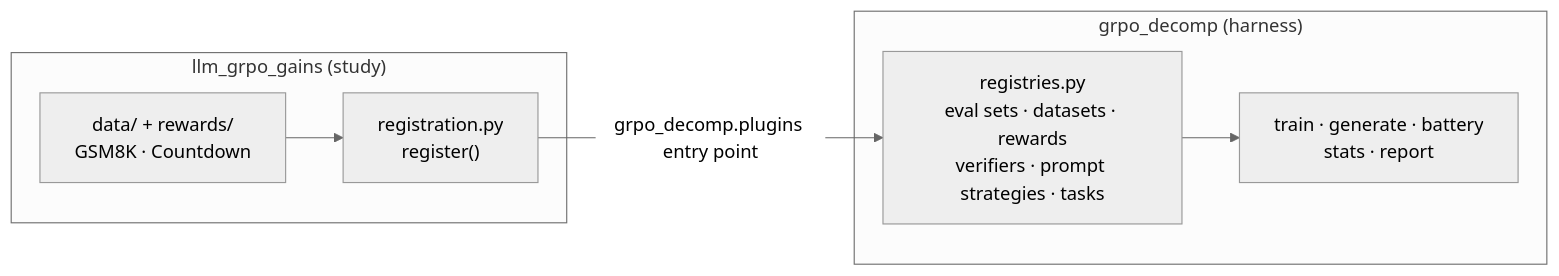
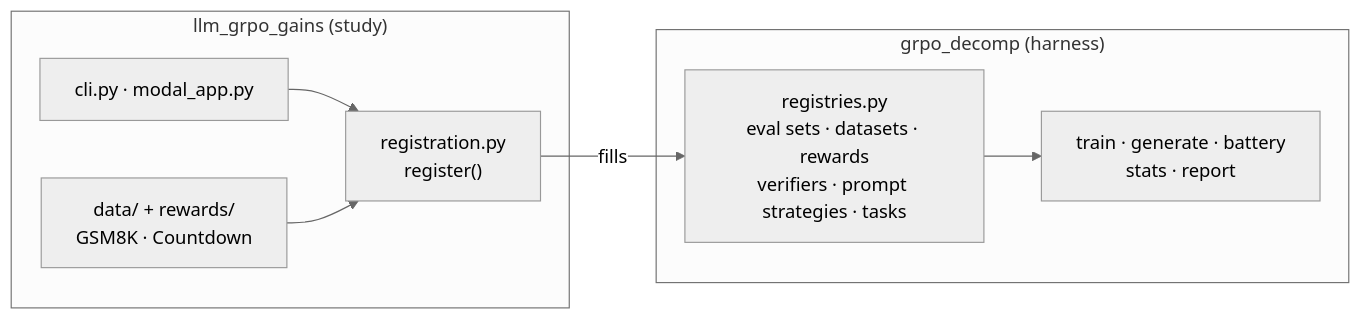
One commit to adamthuvesen/grpo-decomp changed the first of 5 diagrams in docs/architecture.md. Above: the diagram before and after it, drawn with Mermaid (neutral theme). The commit also changed other lines of this file and 31 other files, not shown here.

First line of the commit message:
refactor(registries): replace the one-plugin entry-point system with plain mappings

````diff
--- a/docs/architecture.md
+++ b/docs/architecture.md
@@ -24,14 +25,16 @@
 ```mermaid
 flowchart LR
     subgraph study["llm_grpo_gains (study)"]
+        CLI["cli.py · modal_app.py"]
         REG["registration.py<br/>register()"]
+        CLI --> REG
         DATA["data/ + rewards/<br/>GSM8K · Countdown"]
         DATA --> REG
     end
     subgraph harness["grpo_decomp (harness)"]
         RG["registries.py<br/>eval sets · datasets · rewards<br/>verifiers · prompt strategies · tasks"]
         ENG["train · generate · battery<br/>stats · report"]
         RG --> ENG
     end
-    REG -->|"grpo_decomp.plugins entry point"| RG
+    REG -->|"fills"| RG
 ```
````
